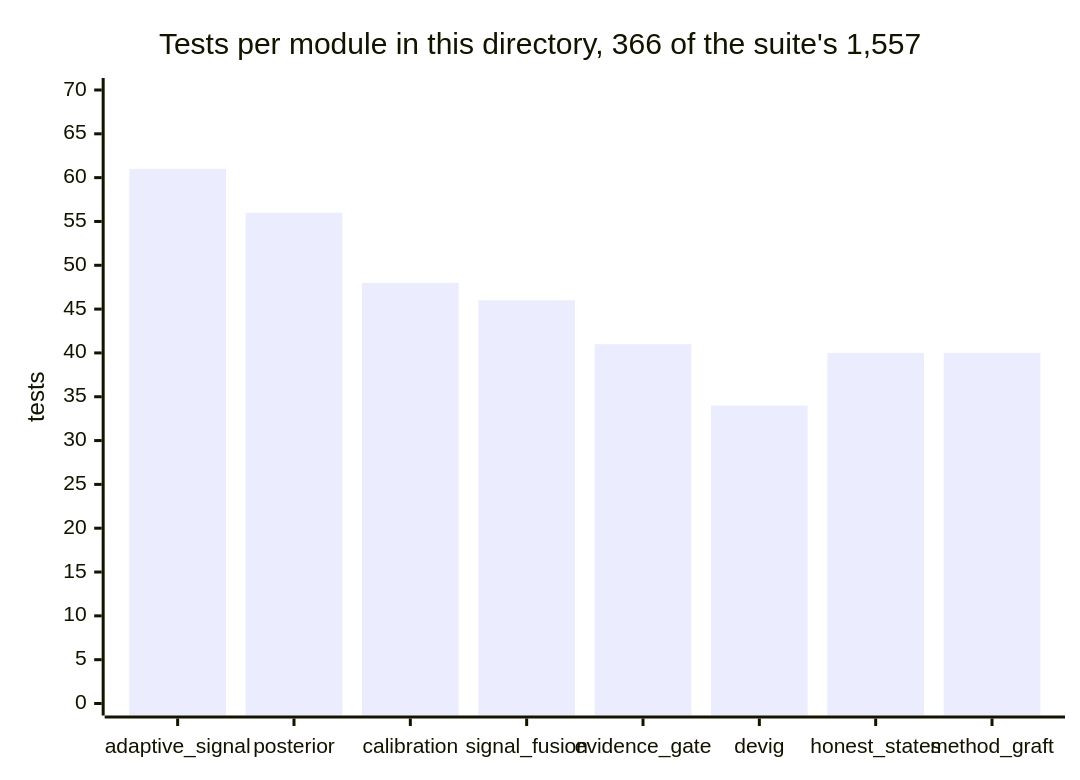
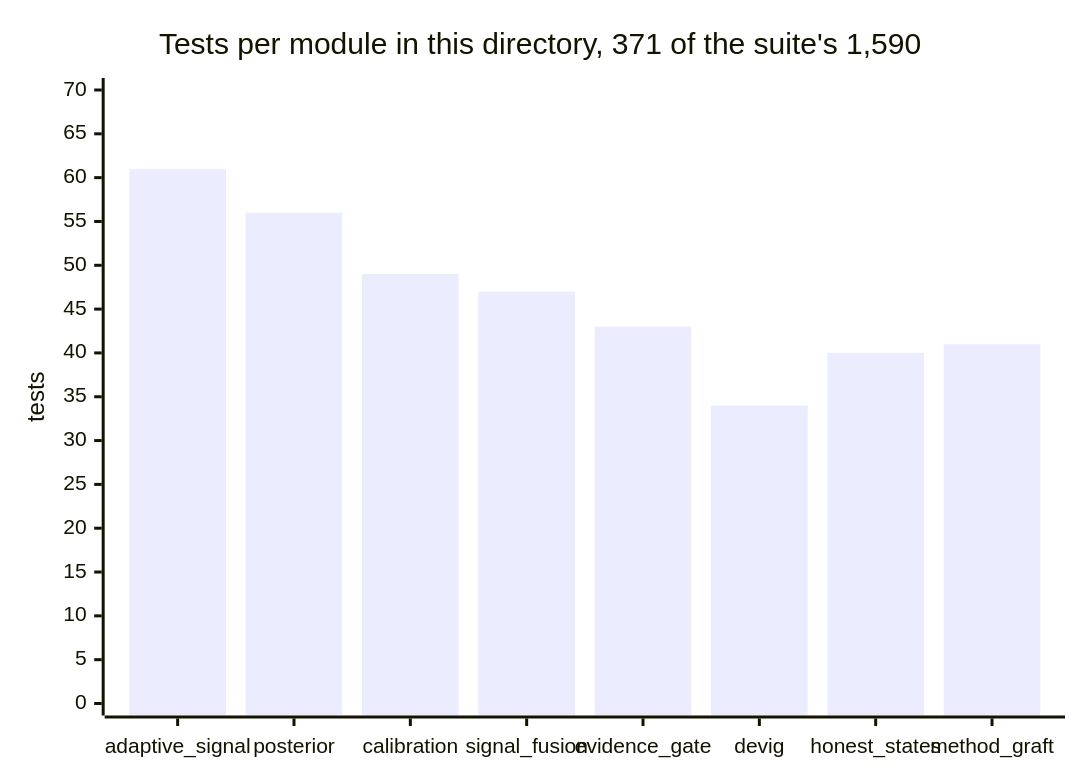
Before and after one commit to greeklinux/Showcase: the ninth of 10 diagrams in polymind/README.md, drawn with Mermaid. The commit also changed other lines of this file and 29 other files, not shown here.

````diff
--- a/polymind/README.md
+++ b/polymind/README.md
@@ -602,7 +602,7 @@
 ```mermaid
 xychart-beta
-    title "Tests per module in this directory, 366 of the suite's 1,557"
+    title "Tests per module in this directory, 371 of the suite's 1,590"
     x-axis ["adaptive_signal", "posterior", "calibration", "signal_fusion", "evidence_gate", "devig", "honest_states", "method_graft"]
     y-axis "tests" 0 --> 70
-    bar [61, 56, 48, 46, 41, 34, 40, 40]
+    bar [61, 56, 49, 47, 43, 34, 40, 41]
 ```
````
